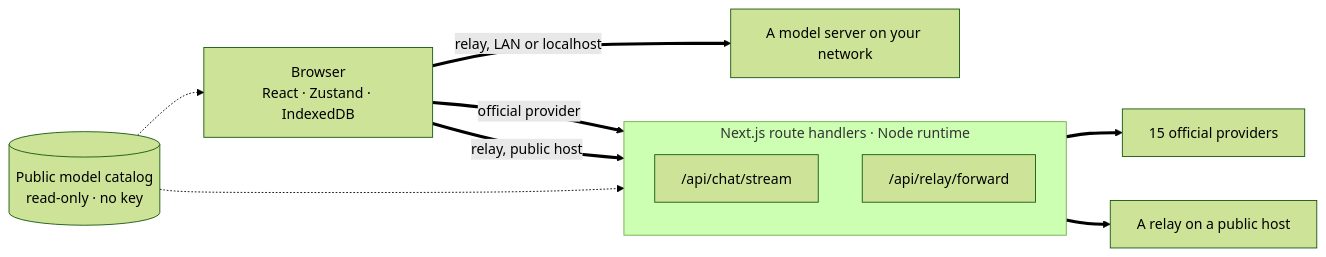
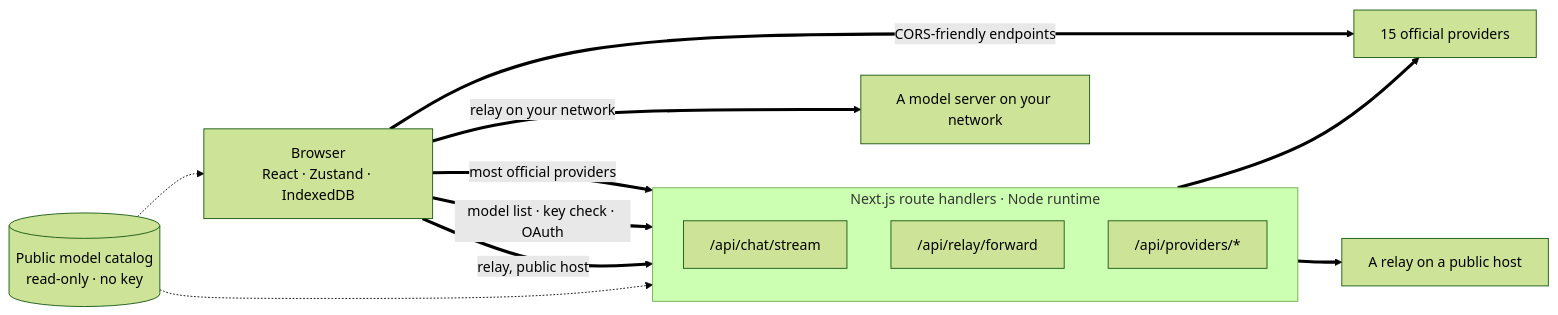
Before and after one commit to oriveo/oriveo: the first of 2 diagrams in web/README.md, drawn with Mermaid (forest theme). The commit also changed other lines of this file and 6 other files, not shown here.

````diff
--- a/web/README.md
+++ b/web/README.md
@@ -61,21 +61,24 @@
 ```mermaid
 flowchart LR
     browser["Browser<br/>React · Zustand · IndexedDB"]
 
     subgraph server ["Next.js route handlers · Node runtime"]
         direction TB
         chat["/api/chat/stream"]
         fwd["/api/relay/forward"]
+        prov["/api/providers/*"]
     end
 
     official["15 official providers"]
     pubrelay["A relay on a public host"]
     lan["A model server on your network"]
     catalog[("Public model catalog<br/>read-only · no key")]
 
-    browser ==>|"official provider"| chat ==> official
+    browser ==>|"most official providers"| chat ==> official
+    browser ==>|"model list · key check · OAuth"| prov
     browser ==>|"relay, public host"| fwd ==> pubrelay
-    browser ==>|"relay, LAN or localhost"| lan
+    browser ==>|"relay on your network"| lan
+    browser ==>|"CORS-friendly endpoints"| official
     catalog -.-> browser
     catalog -.-> chat
 ```
````
